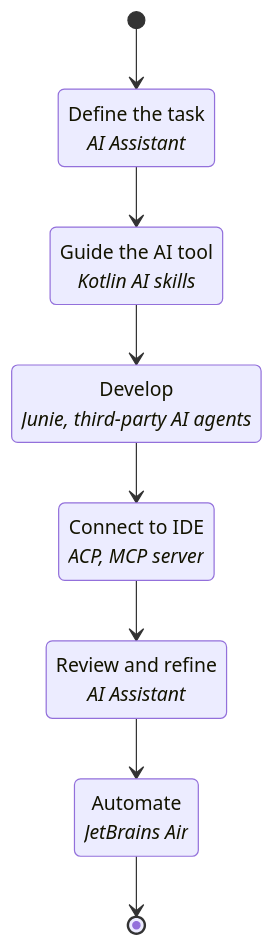
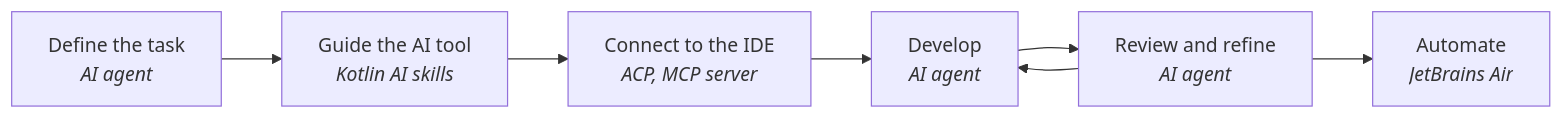
Before and after one commit to JetBrains/kotlin-web-site: the diagram in docs/topics/ai/ai-for-development.md, drawn with Mermaid. The commit also changed other lines of this file and 3 other files, not shown here.

````diff
--- a/docs/topics/ai/ai-for-development.md
+++ b/docs/topics/ai/ai-for-development.md
@@ -15,30 +15,15 @@
 ```mermaid
-stateDiagram-v2
+flowchart LR
 
-    [*] --> DefineTask
+    DefineTask["Define the task<br/><i>AI agent</i>"]
+    Guide["Guide the AI tool<br/><i>Kotlin AI skills</i>"]
+    Connect["Connect to the IDE<br/><i>ACP, MCP server</i>"]
+    Implement["Develop<br/><i>AI agent</i>"]
+    Review["Review and refine<br/><i>AI agent</i>"]
+    Automate["Automate<br/><i>JetBrains Air</i>"]
 
-    state "Define the task
-    *AI Assistant*" as DefineTask
-
-    state "Guide the AI tool
-    *Kotlin AI skills*" as Guide
-
-    state "Develop
-    *Junie, third-party AI agents*" as Implement
-
-    state "Connect to IDE
-    *ACP, MCP server*" as Connect
-
-    state "Review and refine
-    *AI Assistant*" as Review
-
-    state "Automate
-    *JetBrains Air*" as Automate
-
-    DefineTask --> Guide
-    Guide --> Implement
-    Implement --> Connect
-    Connect --> Review
+    DefineTask --> Guide --> Connect --> Implement
+    Implement --> Review
+    Review --> Implement
     Review --> Automate
-    Automate --> [*]
 ```
````
